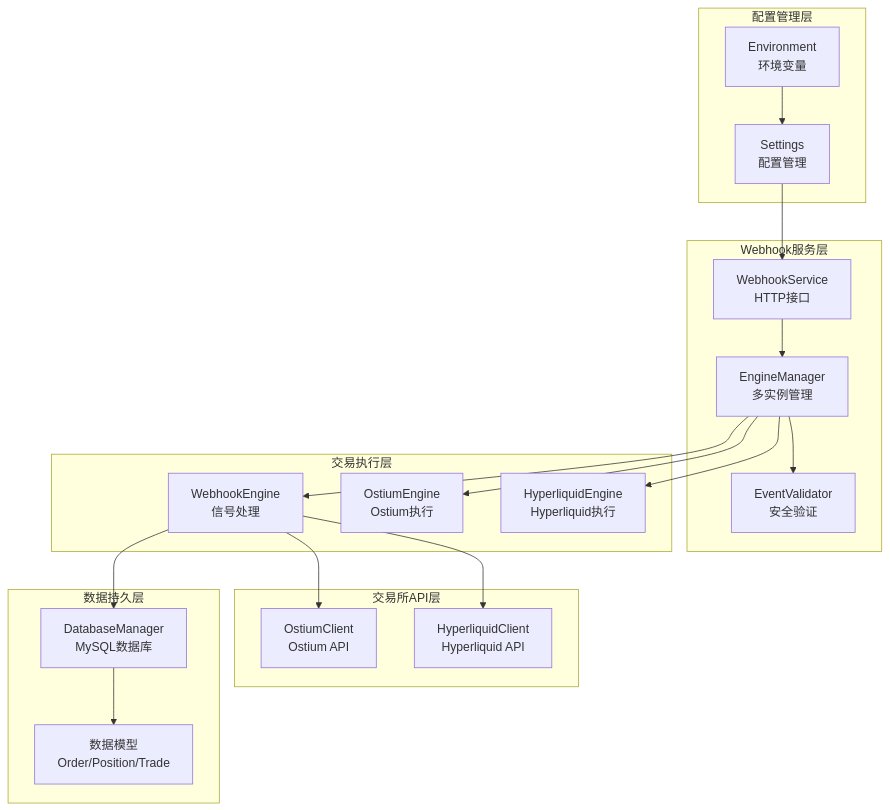
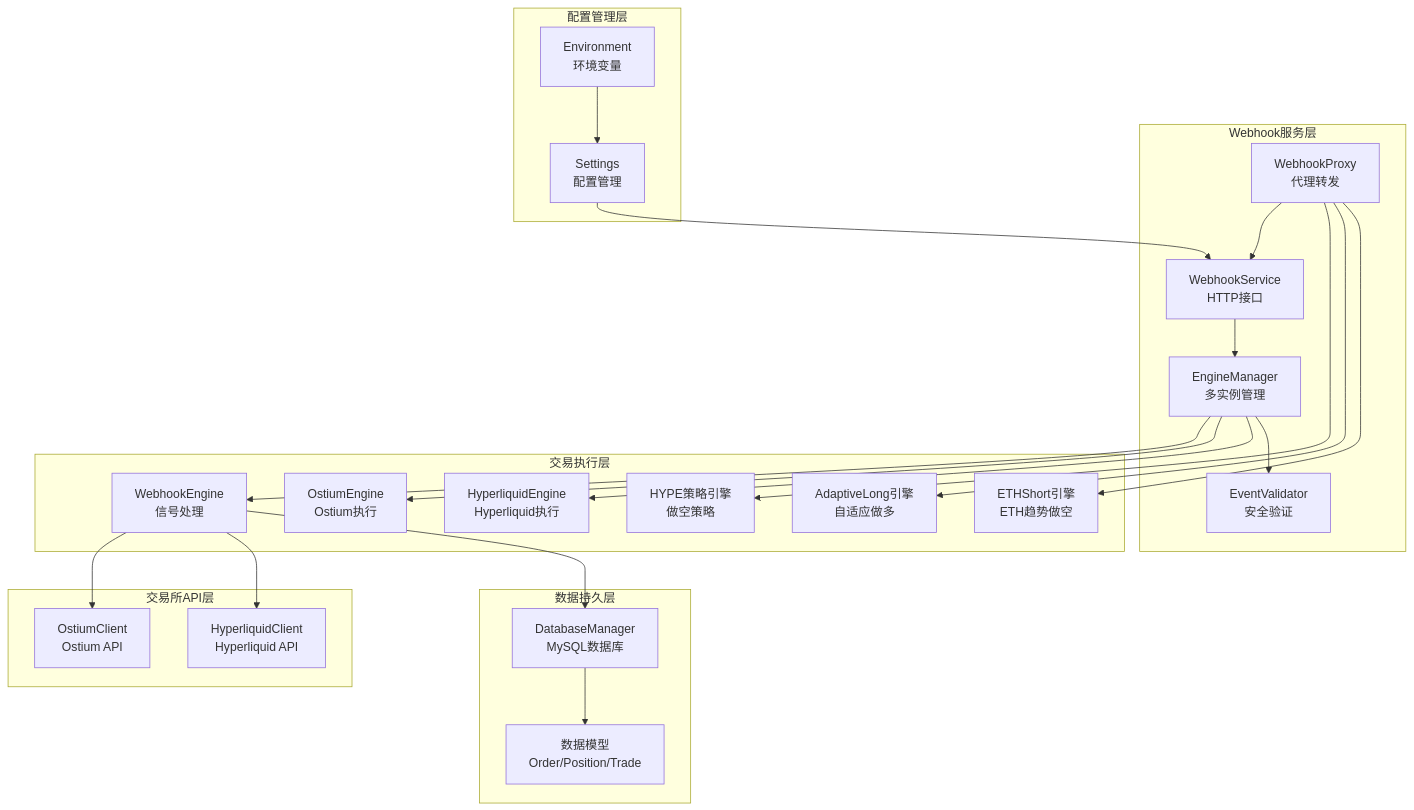
The first of 8 diagrams in .qoder/repowiki/zh/content/核心模块详解/交易引擎/Webhook交易引擎.md (zyf266/ending), drawn with Mermaid before and after one commit. The commit also changed other lines of this file and 60 other files, not shown here.

````diff
--- a/.qoder/repowiki/zh/content/核心模块详解/交易引擎/Webhook交易引擎.md
+++ b/.qoder/repowiki/zh/content/核心模块详解/交易引擎/Webhook交易引擎.md
@@ -54,36 +68,44 @@
 ```mermaid
 graph TB
 subgraph "Webhook服务层"
 WS[WebhookService<br/>HTTP接口]
 EM[EngineManager<br/>多实例管理]
 EV[EventValidator<br/>安全验证]
+WP[WebhookProxy<br/>代理转发]
 end
 subgraph "交易执行层"
 WE[WebhookEngine<br/>信号处理]
 OE[OstiumEngine<br/>Ostium执行]
 HE[HyperliquidEngine<br/>Hyperliquid执行]
+HS[HYPE策略引擎<br/>做空策略]
+AL[AdaptiveLong引擎<br/>自适应做多]
+ETS[ETHShort引擎<br/>ETH趋势做空]
 end
 subgraph "交易所API层"
 OC[OstiumClient<br/>Ostium API]
 HC[HyperliquidClient<br/>Hyperliquid API]
 end
 subgraph "数据持久层"
 DB[DatabaseManager<br/>MySQL数据库]
 MODELS[数据模型<br/>Order/Position/Trade]
 end
 subgraph "配置管理层"
 CFG[Settings<br/>配置管理]
 ENV[Environment<br/>环境变量]
 end
 WS --> EM
 EM --> WE
 EM --> OE
 EM --> HE
 WE --> OC
 WE --> HC
 WE --> DB
 DB --> MODELS
 EM --> EV
+WP --> WS
+WP --> HS
+WP --> AL
+WP --> ETS
 CFG --> WS
 ENV --> CFG
 ```
````
